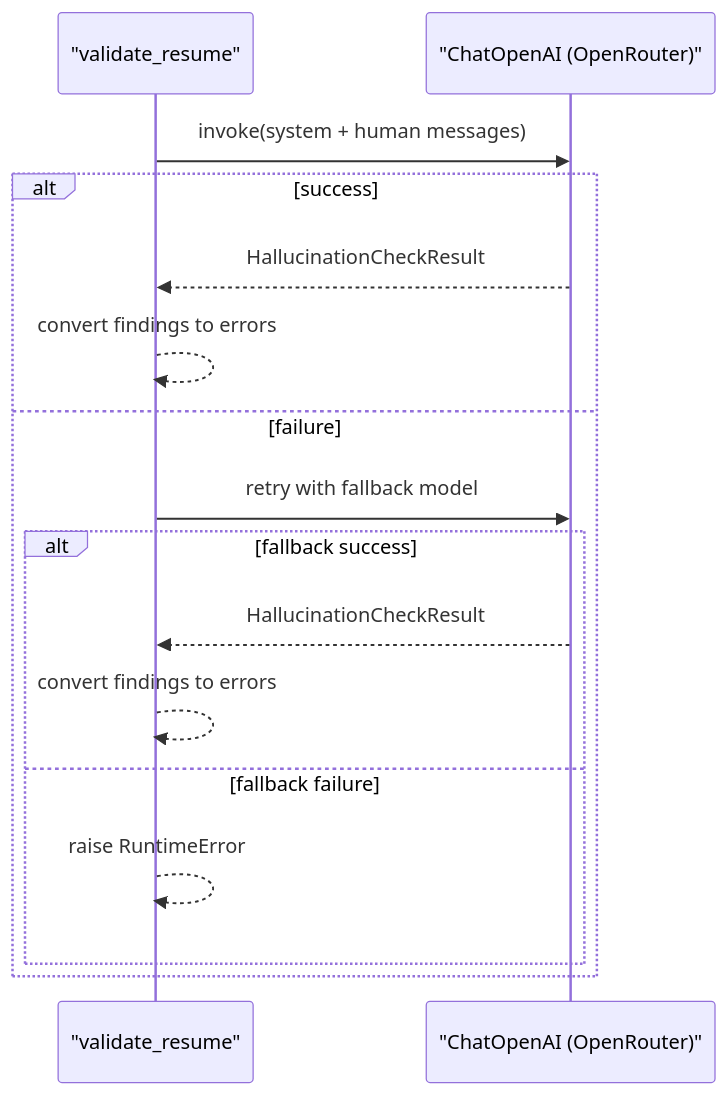
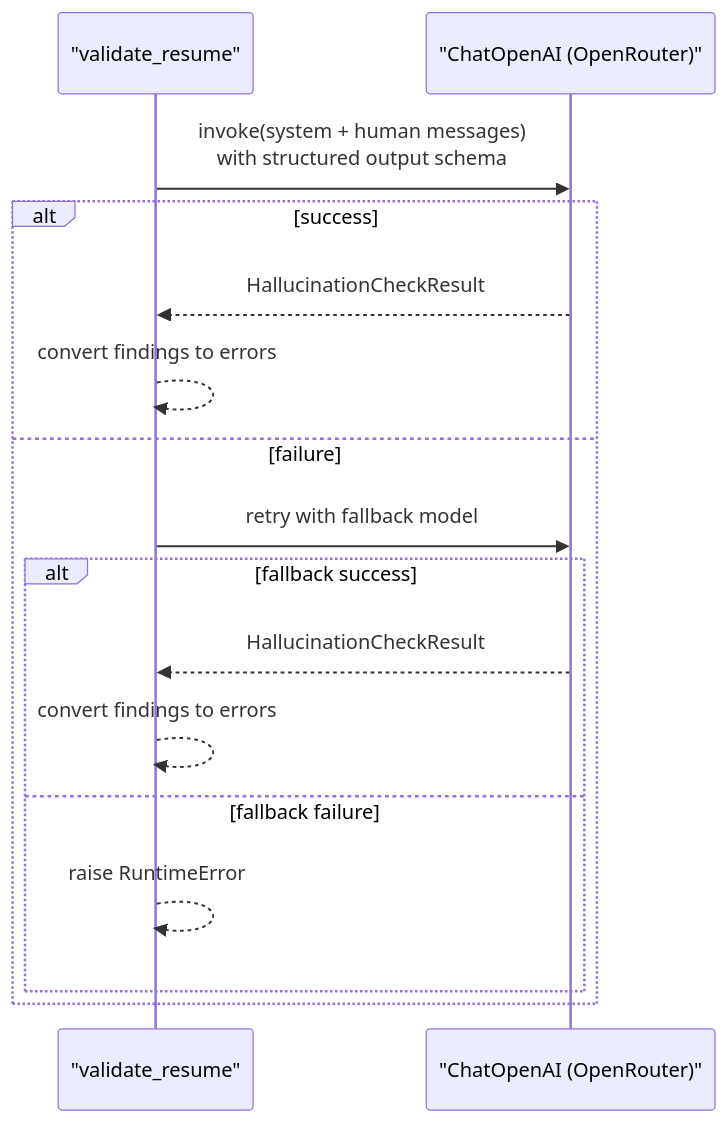
Before and after one commit to sankaL/resume-app: the fourth of 7 diagrams in .qoder/repowiki/en/content/AI Agent System/Validation Agent.md, drawn with Mermaid. The commit also changed other lines of this file and 19 other files, not shown here.

````diff
--- a/.qoder/repowiki/en/content/AI Agent System/Validation Agent.md
+++ b/.qoder/repowiki/en/content/AI Agent System/Validation Agent.md
@@ -185,18 +197,18 @@
 ```mermaid
 sequenceDiagram
 participant VAL as "validate_resume"
 participant LLM as "ChatOpenAI (OpenRouter)"
-VAL->>LLM : invoke(system + human messages)
+VAL->>LLM : invoke(system + human messages)<br/>with structured output schema
 alt success
 LLM-->>VAL : HallucinationCheckResult
 VAL-->>VAL : convert findings to errors
 else failure
 VAL->>LLM : retry with fallback model
 alt fallback success
 LLM-->>VAL : HallucinationCheckResult
 VAL-->>VAL : convert findings to errors
 else fallback failure
 VAL-->>VAL : raise RuntimeError
 end
 end
 ```
````
